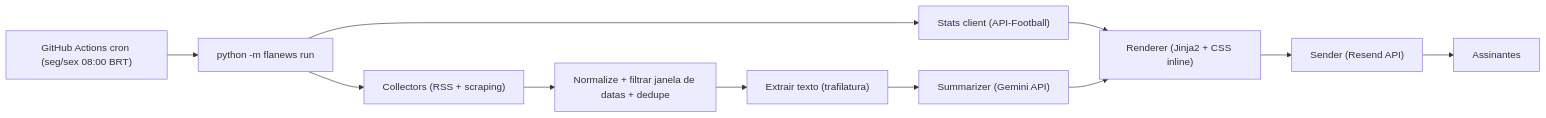
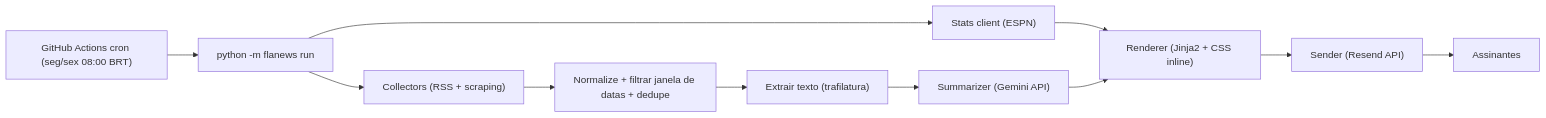
The diagram in docs/PLAN.md (dpontejs/flamengo-news), drawn with Mermaid before and after one commit. The commit also changed other lines of this file and 16 other files, not shown here.

Commit message:
feat: add espn stats client

````diff
--- a/docs/PLAN.md
+++ b/docs/PLAN.md
@@ -12,13 +12,13 @@
 ```mermaid
 flowchart LR
     CRON["GitHub Actions cron (seg/sex 08:00 BRT)"] --> RUN["python -m flanews run"]
     RUN --> COL["Collectors (RSS + scraping)"]
-    RUN --> STATS["Stats client (API-Football)"]
+    RUN --> STATS["Stats client (ESPN)"]
     COL --> NORM["Normalize + filtrar janela de datas + dedupe"]
     NORM --> EXT["Extrair texto (trafilatura)"]
     EXT --> SUM["Summarizer (Gemini API)"]
     STATS --> REND["Renderer (Jinja2 + CSS inline)"]
     SUM --> REND
     REND --> SEND["Sender (Resend API)"]
     SEND --> SUBS["Assinantes"]
 ```
````
